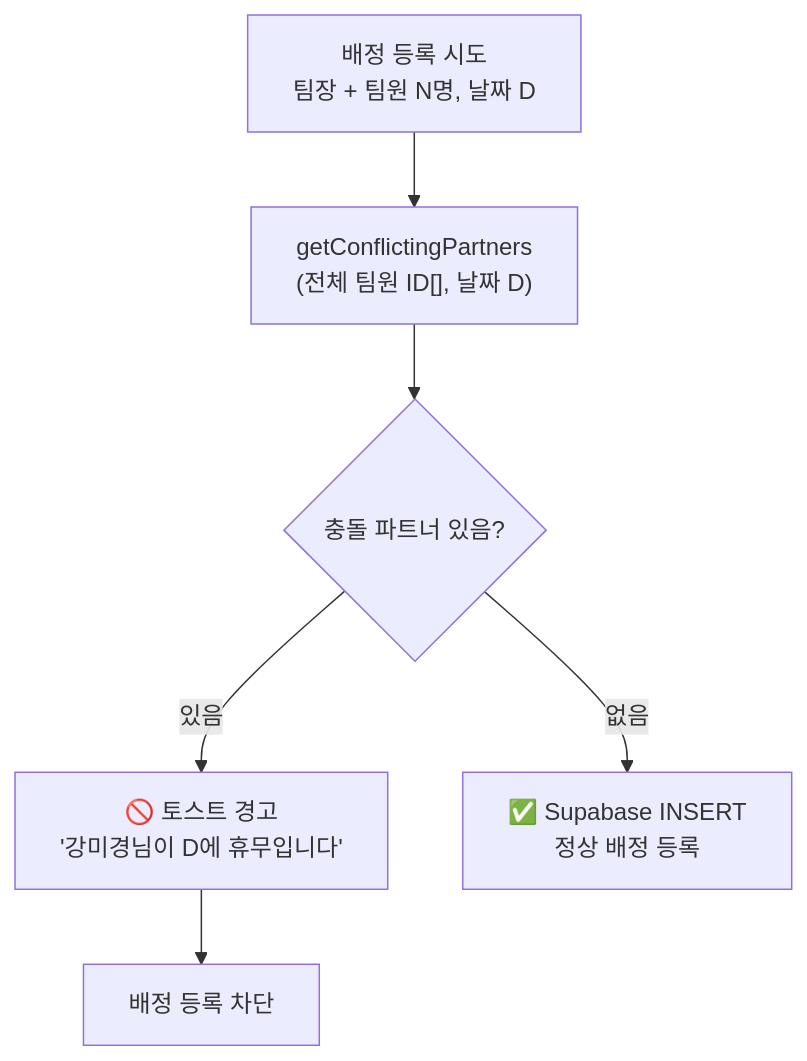
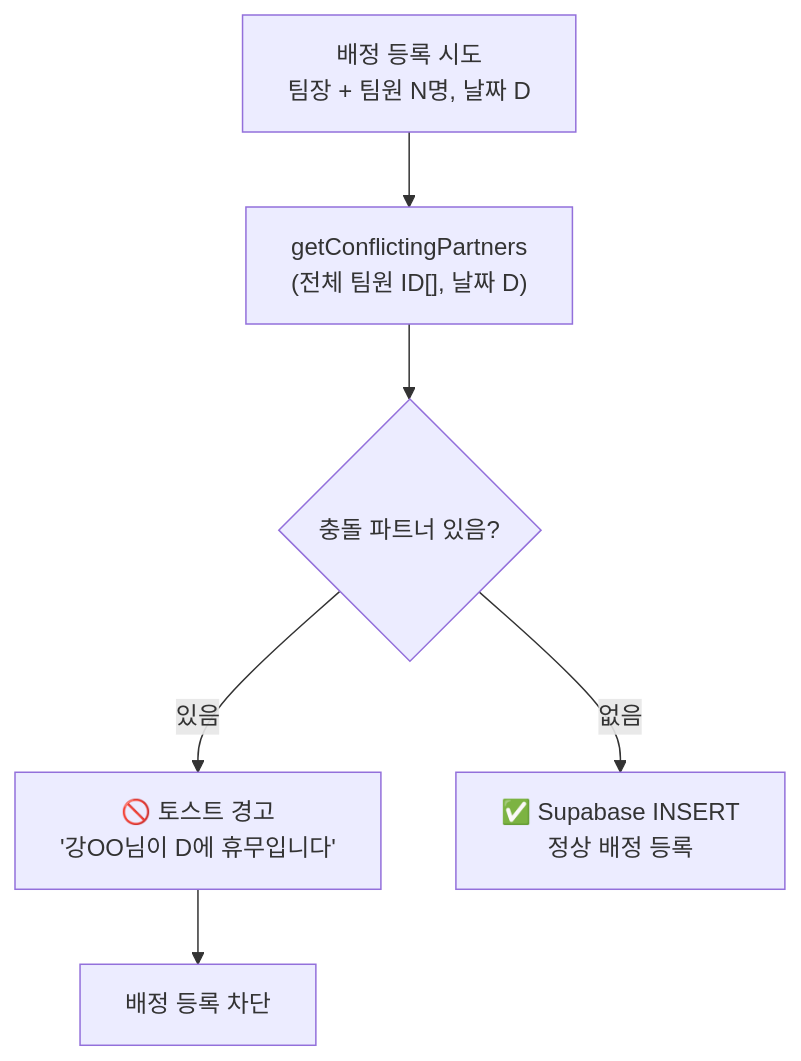
One commit to 200gyu/209 changed the third of 7 diagrams in _posts/2026-07-19-ax-partners-manager-v3-dayoff.md. Above: the diagram before and after it, drawn with Mermaid. The commit also changed other lines of this file and 36 other files, not shown here.

````diff
--- a/_posts/2026-07-19-ax-partners-manager-v3-dayoff.md
+++ b/_posts/2026-07-19-ax-partners-manager-v3-dayoff.md
@@ -284,8 +284,8 @@
 ```mermaid
 flowchart TD
     A["배정 등록 시도<br/>팀장 + 팀원 N명, 날짜 D"] --> B["getConflictingPartners<br/>(전체 팀원 ID[], 날짜 D)"]
     B --> C{충돌 파트너 있음?}
-    C -->|"있음"| D["🚫 토스트 경고<br/>'강미경님이 D에 휴무입니다'"]
+    C -->|"있음"| D["🚫 토스트 경고<br/>'강OO님이 D에 휴무입니다'"]
     D --> E["배정 등록 차단"]
     C -->|"없음"| F["✅ Supabase INSERT<br/>정상 배정 등록"]
 ```
````
